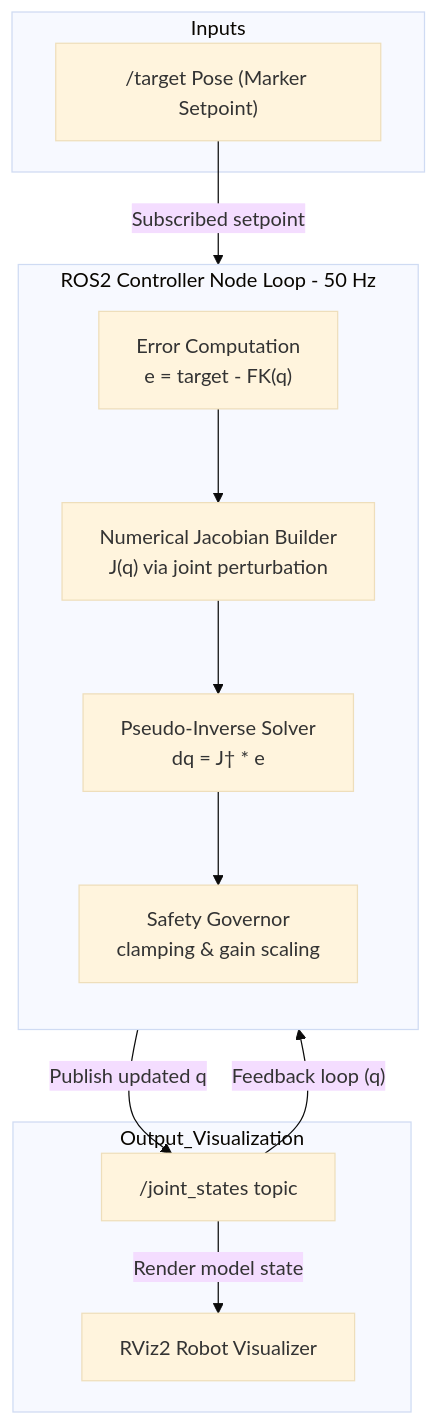
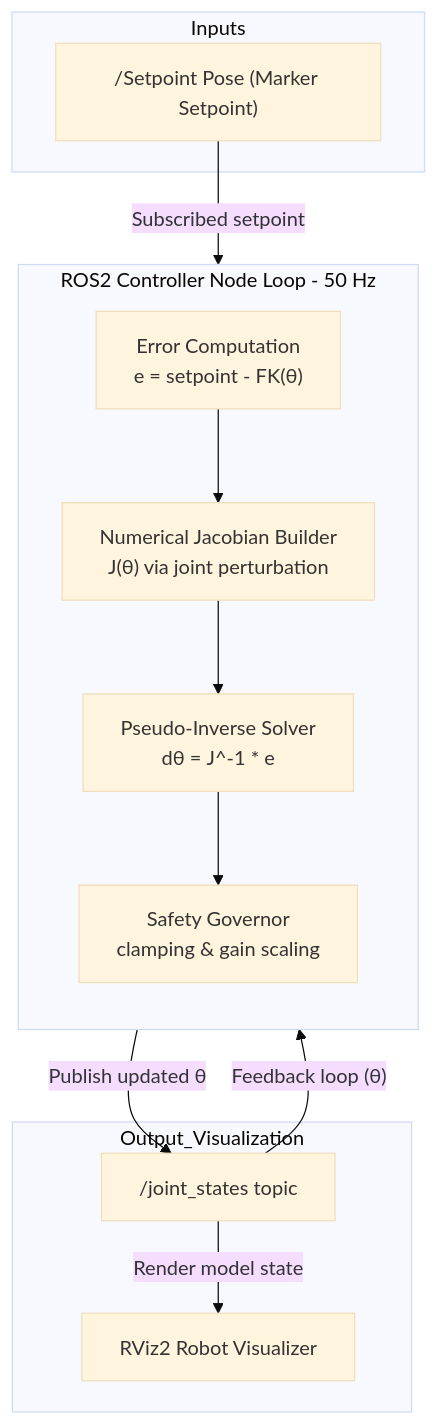
One commit to UWaterlooMenglin/ROS2 changed the diagram in README.md. Above: the diagram before and after it, drawn with Mermaid (base theme). The commit also changed other lines of this file and 2 other files, not shown here.

````diff
--- a/README.md
+++ b/README.md
@@ -11,28 +17,28 @@
 ```mermaid
 graph TD
     subgraph ROS2_Environment [ROS2 Controller Node Loop - 50 Hz]
         direction TB
-        Error["Error Computation<br/>e = target - FK(q)"]
-        Jacobian["Numerical Jacobian Builder<br/>J(q) via joint perturbation"]
-        Solver["Pseudo-Inverse Solver<br/>dq = J† * e"]
+        Error["Error Computation<br/>e = setpoint - FK(θ)"]
+        Jacobian["Numerical Jacobian Builder<br/>J(θ) via joint perturbation"]
+        Solver["Pseudo-Inverse Solver<br/>dθ = J^-1 * e"]
         Governor["Safety Governor<br/>clamping & gain scaling"]
         
         Error --> Jacobian
         Jacobian --> Solver
         Solver --> Governor
     end
 
     subgraph Inputs
-        Target["/target Pose (Marker Setpoint)"]
+        Setpoint["/Setpoint Pose (Marker Setpoint)"]
     end
 
     subgraph Output_Visualization
         JointStates["/joint_states topic"]
         RViz["RViz2 Robot Visualizer"]
     end
 
-    Target -->|"Subscribed setpoint"| Error
-    Governor -->|"Publish updated q"| JointStates
+    Setpoint -->|"Subscribed setpoint"| Error
+    Governor -->|"Publish updated θ"| JointStates
     JointStates -->|"Render model state"| RViz
-    JointStates -->|"Feedback loop (q)"| Error
+    JointStates -->|"Feedback loop (θ)"| Error
 ```
````
